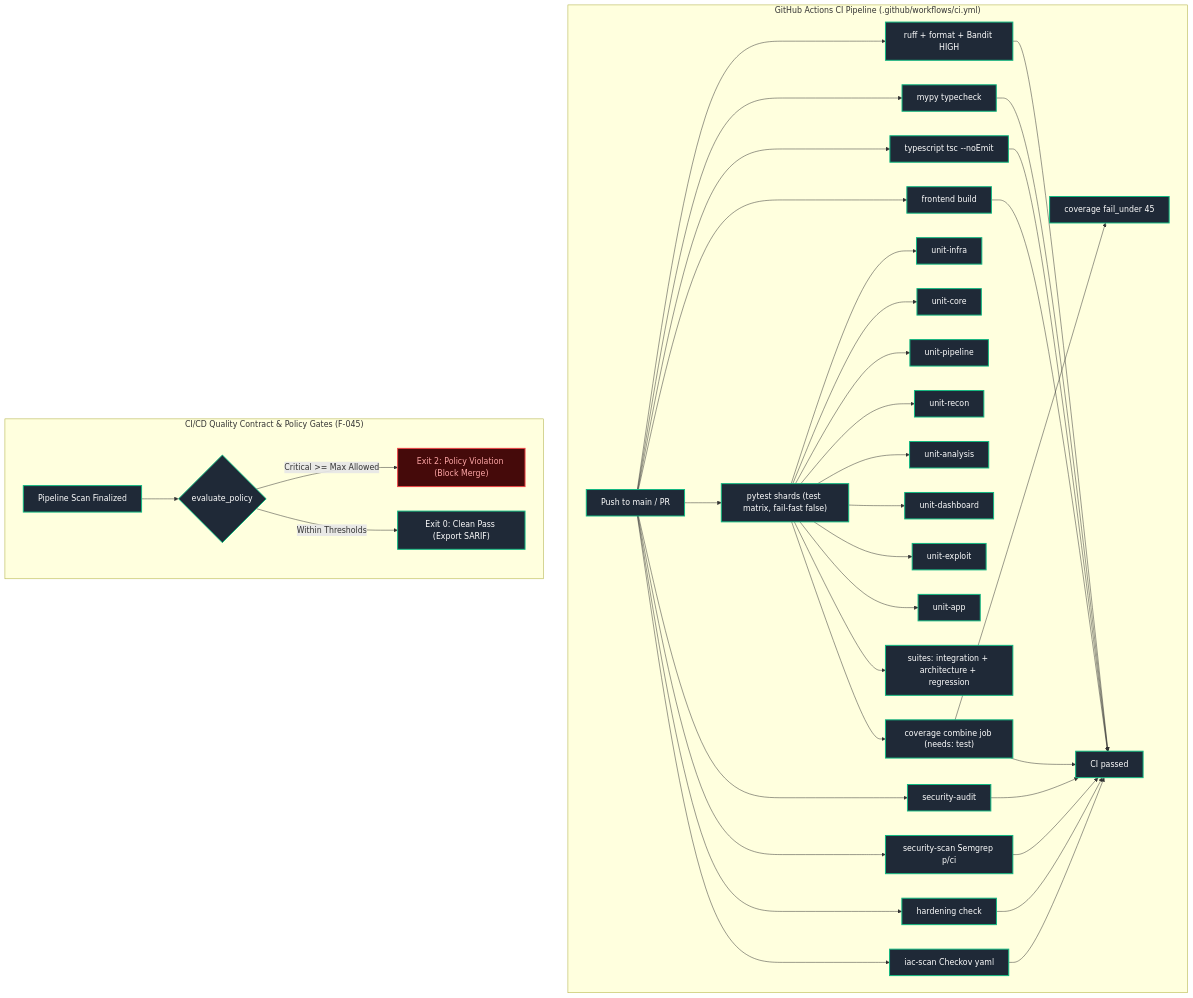
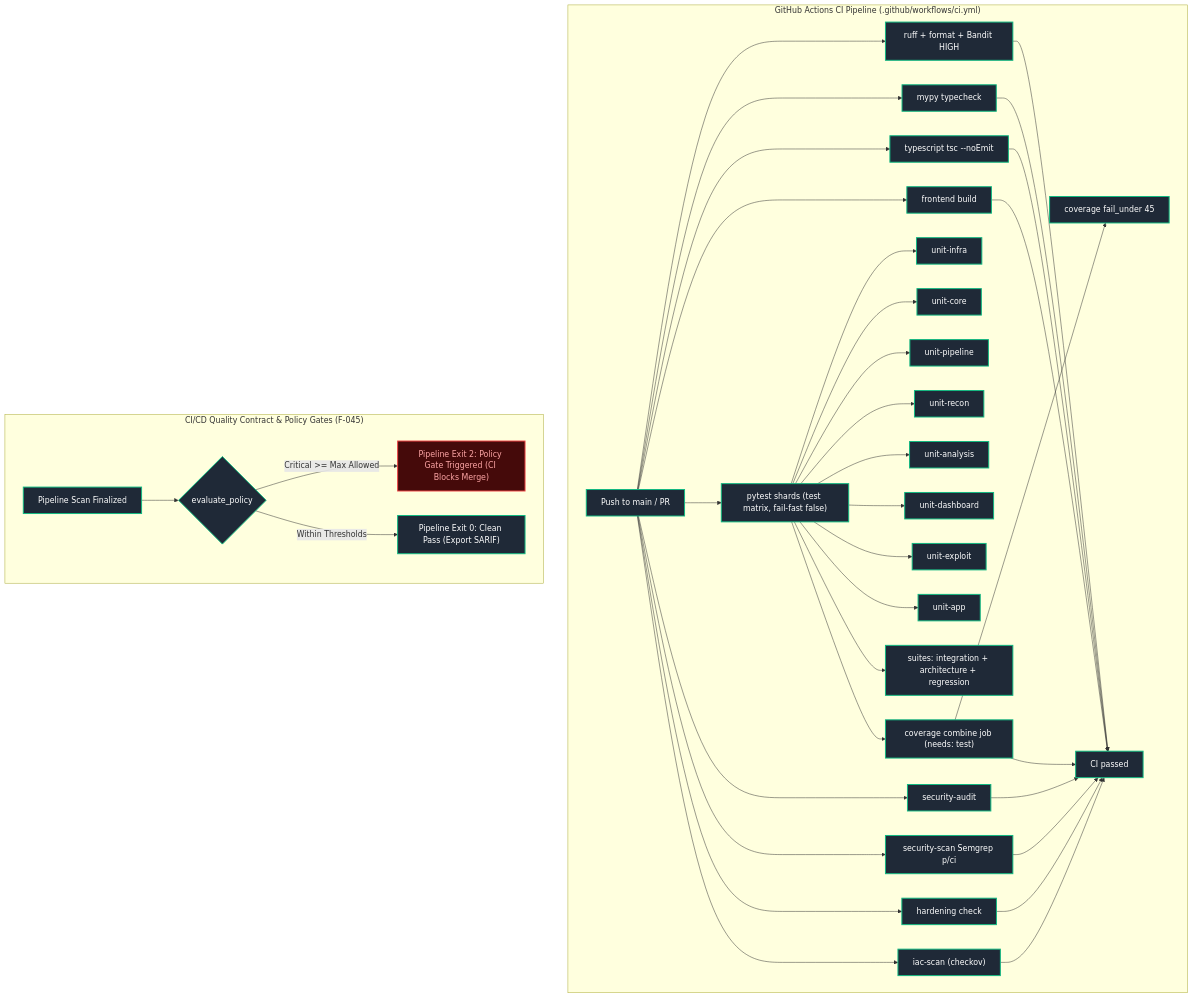
One commit to AviralGup7/Singularity-Zero changed diagram 13 of 16 in docs/flowchart.md. Above: the diagram before and after it, drawn with Mermaid. The commit also changed other lines of this file and 6 other files, not shown here.

````diff
--- a/docs/flowchart.md
+++ b/docs/flowchart.md
@@ -849,39 +849,39 @@
 ```mermaid
 flowchart TD
     classDef impl fill:#1f2937,stroke:#10b981,stroke-width:2px,color:#fff;
     classDef singleNode fill:#1e293b,stroke:#0ea5e9,stroke-width:1px,stroke-dasharray:3 3,color:#fff;
     classDef library fill:#334155,stroke:#64748b,stroke-width:1px,color:#fff;
     classDef specOnly fill:#1e1b4b,stroke:#818cf8,stroke-width:1px,stroke-dasharray:4 4,color:#fff;
     classDef vacuous fill:#27272a,stroke:#71717a,stroke-width:1px,color:#a1a1aa;
     classDef forbidden fill:#450a0a,stroke:#ef4444,stroke-width:2px,color:#fca5a5;
 
     subgraph CI_Pipeline["GitHub Actions CI Pipeline (.github/workflows/ci.yml)"]
         Push["Push to main / PR"]:::impl --> Lint["ruff + format + Bandit HIGH"]:::impl
         Push --> Mypy["mypy typecheck"]:::impl
         Push --> TS["typescript tsc --noEmit"]:::impl
         Push --> FE["frontend build"]:::impl
         Push --> Shards["pytest shards (test matrix, fail-fast false)"]:::impl
         Push --> Audit["security-audit"]:::impl
         Push --> Scan["security-scan Semgrep p/ci"]:::impl
         Push --> Hard["hardening check"]:::impl
-        Push --> Iac["iac-scan Checkov yaml"]:::impl
+        Push --> Iac["iac-scan (checkov)"]:::impl
         Shards --> Infra["unit-infra"]:::impl
         Shards --> Core["unit-core"]:::impl
         Shards --> Pipe["unit-pipeline"]:::impl
         Shards --> Recon["unit-recon"]:::impl
         Shards --> Analysis["unit-analysis"]:::impl
         Shards --> Dash["unit-dashboard"]:::impl
         Shards --> Exploit["unit-exploit"]:::impl
         Shards --> App["unit-app"]:::impl
         Shards --> Suites["suites: integration + architecture + regression"]:::impl
         Shards --> Combine["coverage combine job (needs: test)"]:::impl
         Combine --> Cov["coverage fail_under 45"]:::impl
         Lint & Mypy & TS & FE & Combine & Audit & Scan & Hard & Iac --> Ok["CI passed"]:::impl
     end
 
     subgraph PolicyGateSub["CI/CD Quality Contract & Policy Gates (F-045)"]
         ScanDone["Pipeline Scan Finalized"]:::impl --> PolicyGate{"evaluate_policy"}:::impl
-        PolicyGate -->|Critical >= Max Allowed| FailExit["Exit 2: Policy Violation (Block Merge)"]:::forbidden
-        PolicyGate -->|Within Thresholds| PassExit["Exit 0: Clean Pass (Export SARIF)"]:::impl
+        PolicyGate -->|Critical >= Max Allowed| FailExit["Pipeline Exit 2: Policy Gate Triggered (CI Blocks Merge)"]:::forbidden
+        PolicyGate -->|Within Thresholds| PassExit["Pipeline Exit 0: Clean Pass (Export SARIF)"]:::impl
     end
 ```
````
